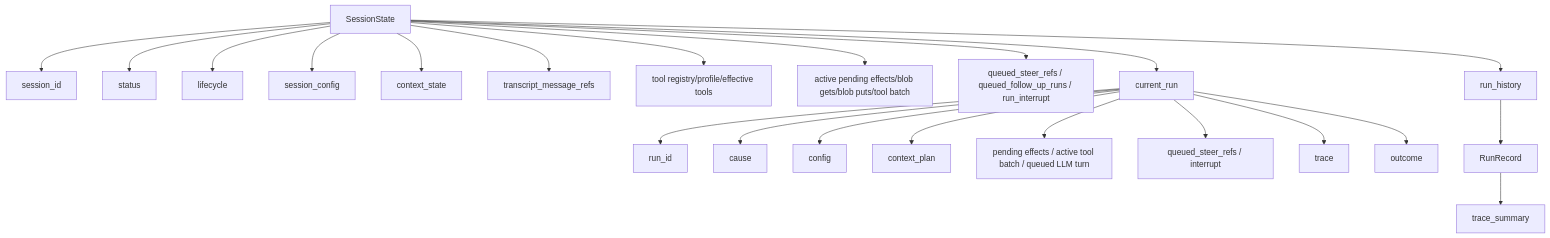
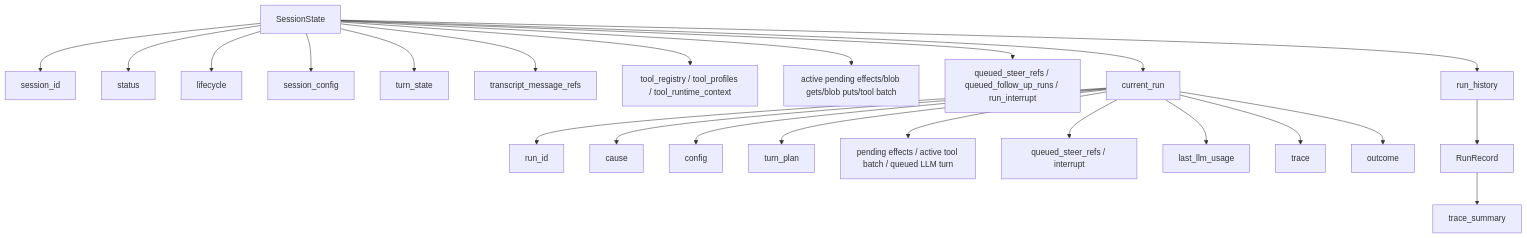
Before and after one commit to smartcomputer-ai/agent-os: the second of 22 diagrams in roadmap/v0.30-agent/visual-guide.md, drawn with Mermaid. The commit also changed other lines of this file, not shown here.

````diff
--- a/roadmap/v0.30-agent/visual-guide.md
+++ b/roadmap/v0.30-agent/visual-guide.md
@@ -92,26 +88,27 @@
 ```mermaid
 flowchart TD
   SessionState --> Identity[session_id]
   SessionState --> Status[status]
   SessionState --> Lifecycle[lifecycle]
   SessionState --> Config[session_config]
-  SessionState --> Context[context_state]
+  SessionState --> TurnState[turn_state]
   SessionState --> Transcript[transcript_message_refs]
-  SessionState --> Tools[tool registry/profile/effective tools]
+  SessionState --> Tools[tool_registry / tool_profiles / tool_runtime_context]
   SessionState --> Runtime[active pending effects/blob gets/blob puts/tool batch]
   SessionState --> Intervention[queued_steer_refs / queued_follow_up_runs / run_interrupt]
   SessionState --> CurrentRun[current_run]
   SessionState --> History[run_history]
 
   CurrentRun --> RunIdentity[run_id]
   CurrentRun --> RunCause[cause]
   CurrentRun --> RunConfig[config]
-  CurrentRun --> ContextPlan[context_plan]
+  CurrentRun --> TurnPlan[turn_plan]
   CurrentRun --> RunRuntime[pending effects / active tool batch / queued LLM turn]
   CurrentRun --> RunIntervention[queued_steer_refs / interrupt]
+  CurrentRun --> Usage[last_llm_usage]
   CurrentRun --> Trace[trace]
   CurrentRun --> Outcome[outcome]
 
   History --> RunRecord[RunRecord]
   RunRecord --> TraceSummary[trace_summary]
 ```
````
